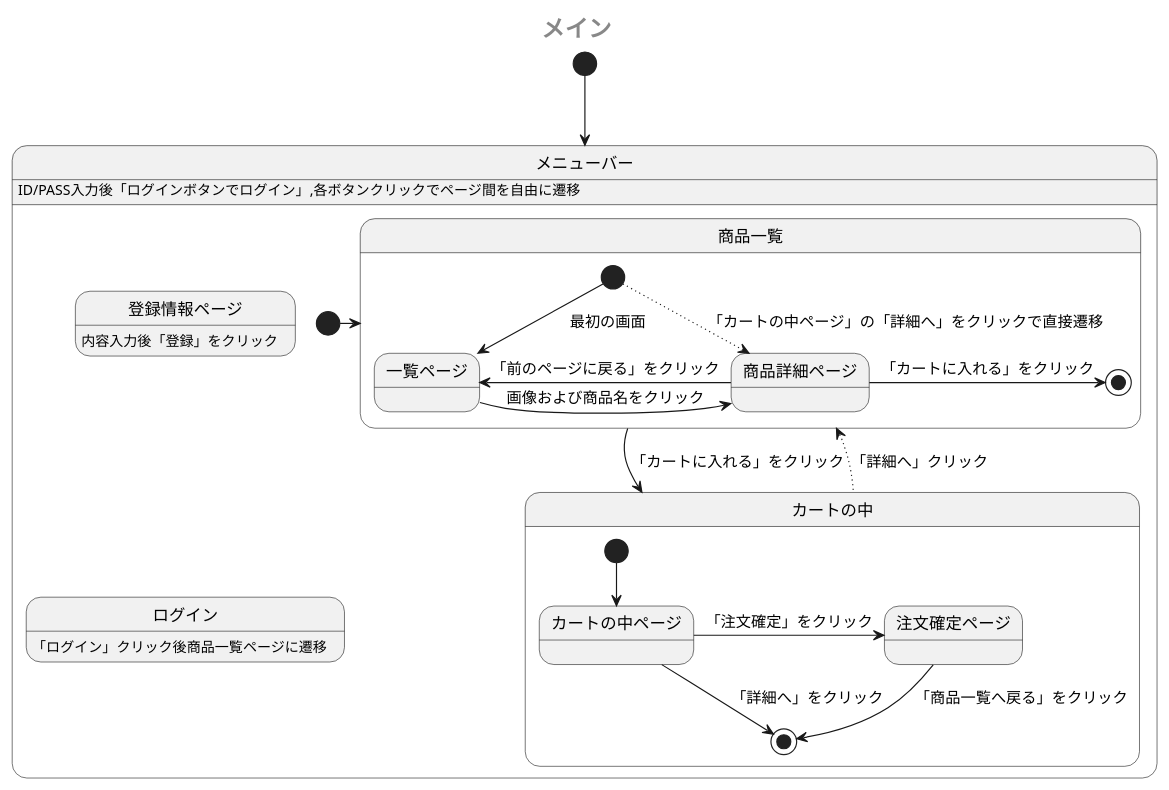
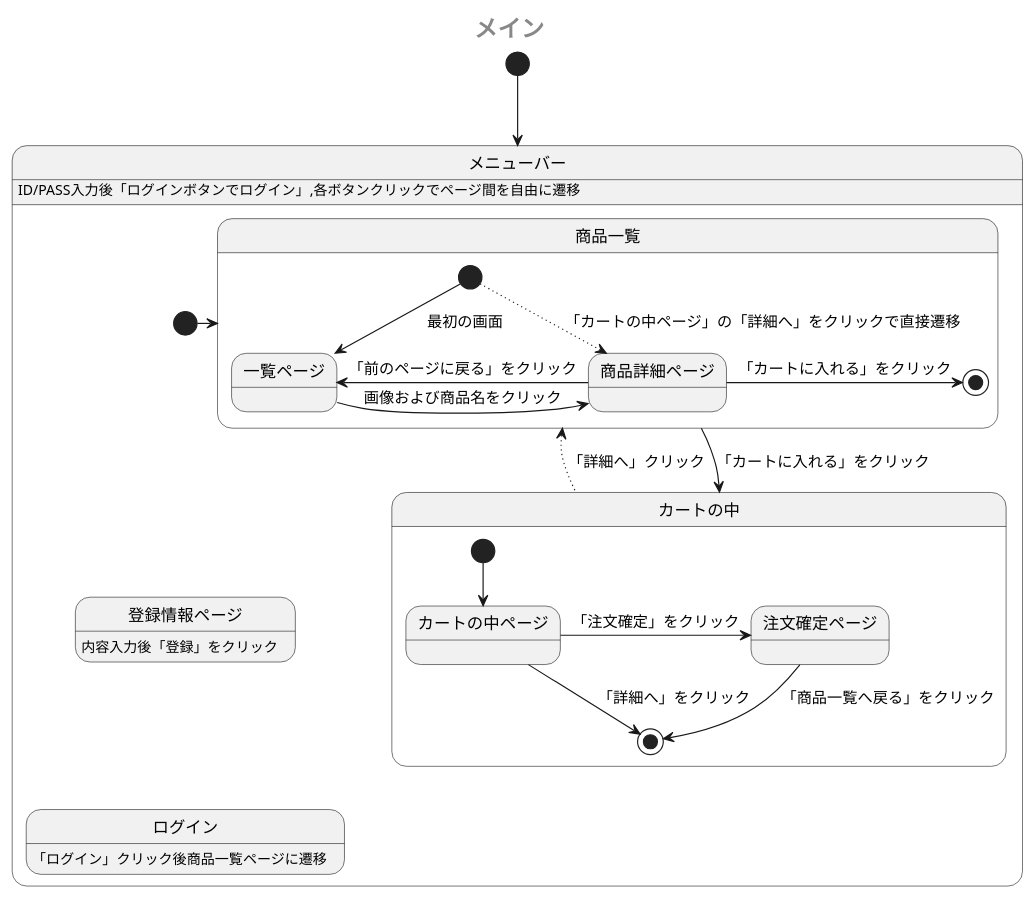
Before and after one commit to Aso2001385/2021sys-design: the diagram in sample/StateMachine.md, drawn with PlantUML.

````diff
--- a/sample/StateMachine.md
+++ b/sample/StateMachine.md
@@ -1,32 +1,32 @@
 ```uml
 @startuml
  center header <size:20><b>メイン</b></size>
  [*] --> メニューバー
  state メニューバー {
    メニューバー: ID/PASS入力後「ログインボタンでログイン」,各ボタンクリックでページ間を自由に遷移
    [*] -> 商品一覧
    state 商品一覧 {
     [*] --> 一覧ページ:　最初の画面
     [*] -[dotted]-> 商品詳細ページ: 「カートの中ページ」の「詳細へ」をクリックで直接遷移
     一覧ページ -right-> 商品詳細ページ: 画像および商品名をクリック
     商品詳細ページ -left-> 一覧ページ: 「前のページに戻る」をクリック
     商品詳細ページ -right-> [*]: 「カートに入れる」をクリック
     
    }
    商品一覧 -down-> カートの中:「カートに入れる」をクリック
    state カートの中 {
     [*] --> カートの中ページ
     カートの中ページ --> [*]:「詳細へ」をクリック
     カートの中ページ -> 注文確定ページ:「注文確定」をクリック 
     注文確定ページ --> [*]: 「商品一覧へ戻る」をクリック
    }
    カートの中 -up[dotted]-> 商品一覧:「詳細へ」クリック
   
-   [*] -left[hidden]-> 登録情報ページ
+   [*] -down[hidden]-> 登録情報ページ
    登録情報ページ:内容入力後「登録」をクリック
    登録情報ページ -[hidden]-> ログイン
    ログイン:「ログイン」クリック後商品一覧ページに遷移
  }
  
 @enduml
 ```
````
